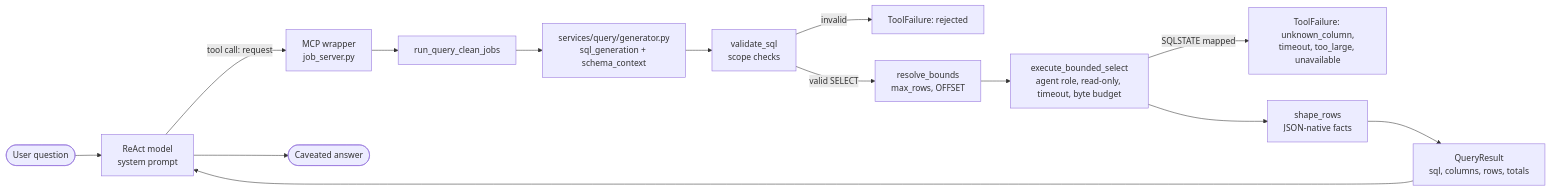
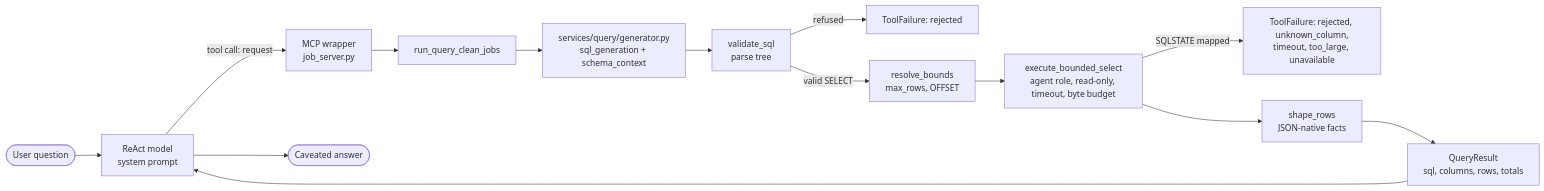
The second of 2 diagrams in docs/modules/tools-and-query.md (Park-Hip/InternHunterAgent), drawn with Mermaid before and after one commit. The commit also changed other lines of this file, not shown here.

````diff
--- a/docs/modules/tools-and-query.md
+++ b/docs/modules/tools-and-query.md
@@ -38,16 +64,16 @@
 ```mermaid
 flowchart LR
     U(["User question"]) --> R["ReAct model<br/>system prompt"]
     R -->|"tool call: request"| M["MCP wrapper<br/>job_server.py"]
     M --> Q["run_query_clean_jobs"]
     Q --> G["services/query/generator.py<br/>sql_generation + schema_context"]
-    G --> V["validate_sql<br/>scope checks"]
-    V -->|"invalid"| F["ToolFailure: rejected"]
+    G --> V["validate_sql<br/>parse tree"]
+    V -->|"refused"| F["ToolFailure: rejected"]
     V -->|"valid SELECT"| B["resolve_bounds<br/>max_rows, OFFSET"]
     B --> E["execute_bounded_select<br/>agent role, read-only, timeout, byte budget"]
-    E -->|"SQLSTATE mapped"| F2["ToolFailure: unknown_column,<br/>timeout, too_large, unavailable"]
+    E -->|"SQLSTATE mapped"| F2["ToolFailure: rejected, unknown_column,<br/>timeout, too_large, unavailable"]
     E --> S["shape_rows<br/>JSON-native facts"]
     S --> T["QueryResult<br/>sql, columns, rows, totals"]
     T --> R
     R --> A(["Caveated answer"])
 ```
````
